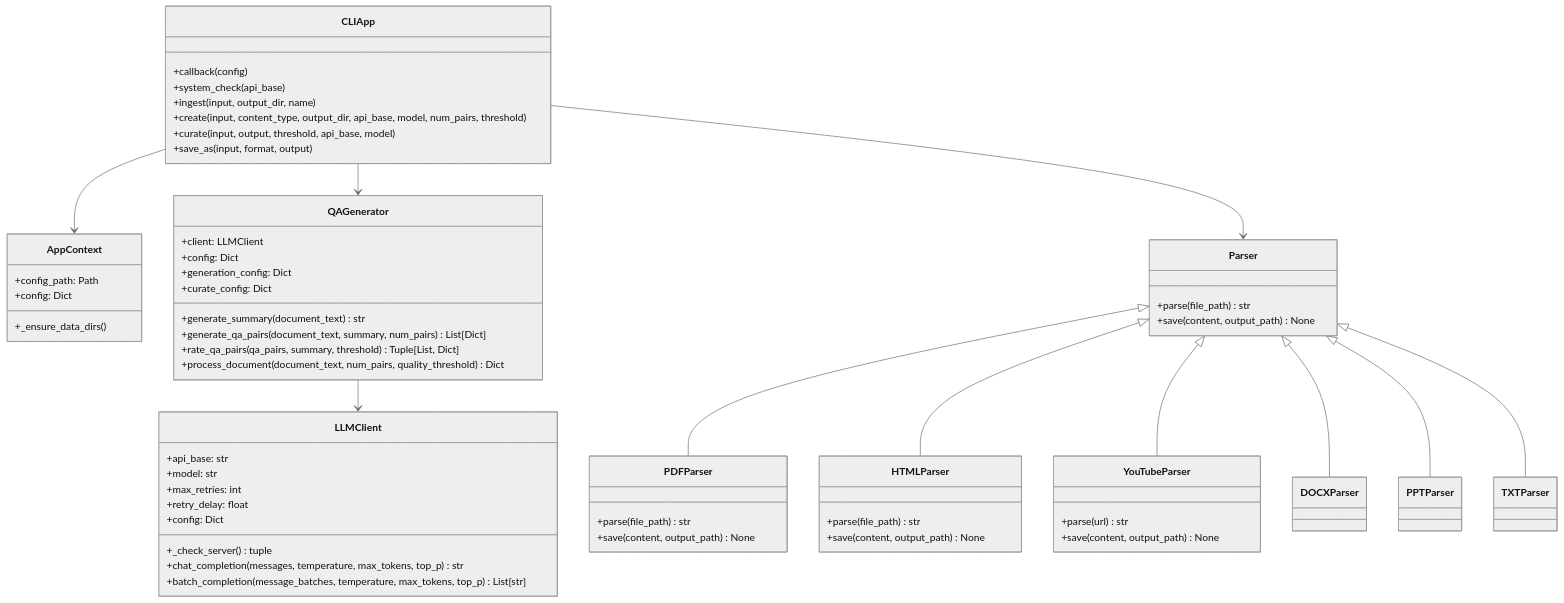
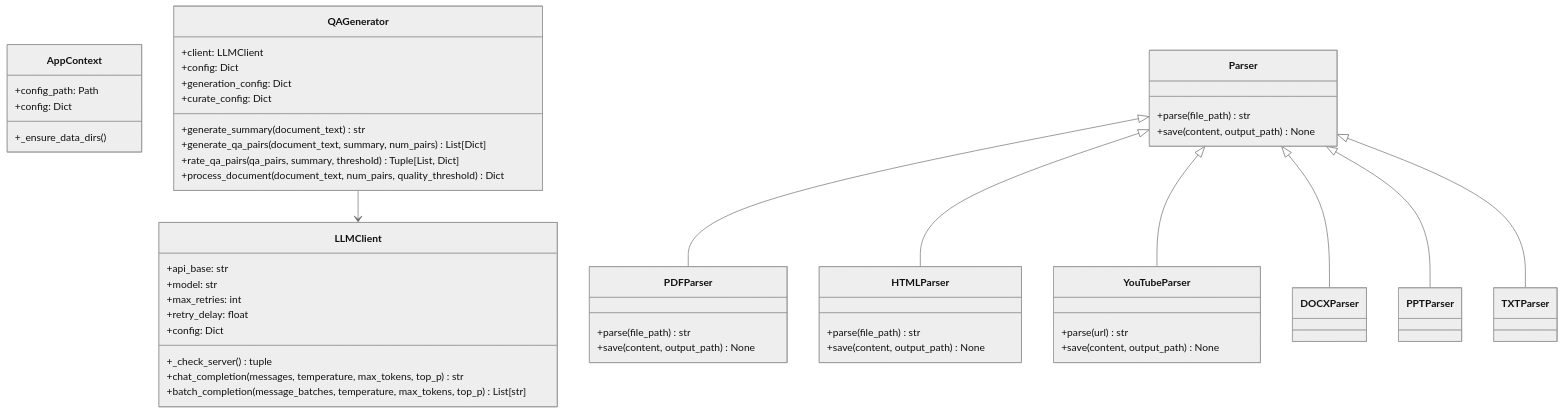
The second of 14 diagrams in DOCS.md (AvacynLab/datacreek), drawn with Mermaid (neutral theme) before and after one commit. The commit also changed other lines of this file and 5 other files, not shown here.

````diff
--- a/DOCS.md
+++ b/DOCS.md
@@ -133,71 +132,60 @@
 ```mermaid
 classDiagram
     class AppContext {
         +config_path: Path
         +config: Dict
         +_ensure_data_dirs()
     }
 
     class LLMClient {
         +api_base: str
         +model: str
         +max_retries: int
         +retry_delay: float
         +config: Dict
         +_check_server() tuple
         +chat_completion(messages, temperature, max_tokens, top_p) str
         +batch_completion(message_batches, temperature, max_tokens, top_p) List[str]
     }
 
     class QAGenerator {
         +client: LLMClient
         +config: Dict
         +generation_config: Dict
         +curate_config: Dict
         +generate_summary(document_text) str
         +generate_qa_pairs(document_text, summary, num_pairs) List[Dict]
         +rate_qa_pairs(qa_pairs, summary, threshold) Tuple[List, Dict]
         +process_document(document_text, num_pairs, quality_threshold) Dict
     }
 
     class Parser {
         +parse(file_path) str
         +save(content, output_path) None
     }
 
     class PDFParser {
         +parse(file_path) str
         +save(content, output_path) None
     }
 
     class HTMLParser {
         +parse(file_path) str
         +save(content, output_path) None
     }
 
     class YouTubeParser {
         +parse(url) str
         +save(content, output_path) None
     }
 
-    class CLIApp {
-        +callback(config)
-        +system_check(api_base)
-        +ingest(input, output_dir, name)
-        +create(input, content_type, output_dir, api_base, model, num_pairs, threshold)
-        +curate(input, output, threshold, api_base, model)
-        +save_as(input, format, output)
-    }
 
     Parser <|-- PDFParser
     Parser <|-- HTMLParser
     Parser <|-- YouTubeParser
     Parser <|-- DOCXParser
     Parser <|-- PPTParser
     Parser <|-- TXTParser
 
     QAGenerator --> LLMClient
-    CLIApp --> AppContext
-    CLIApp --> QAGenerator
-    CLIApp --> Parser
 ```
````
